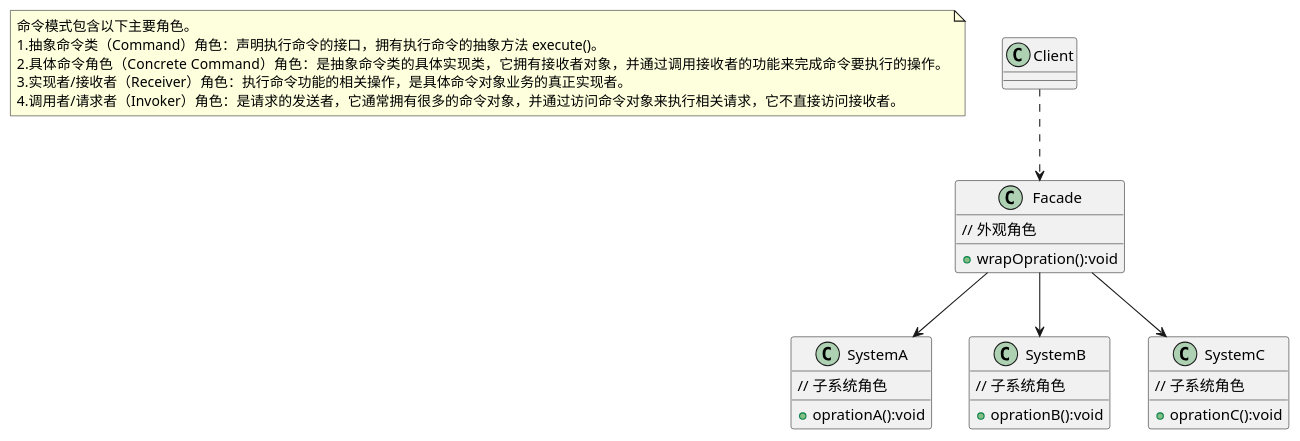
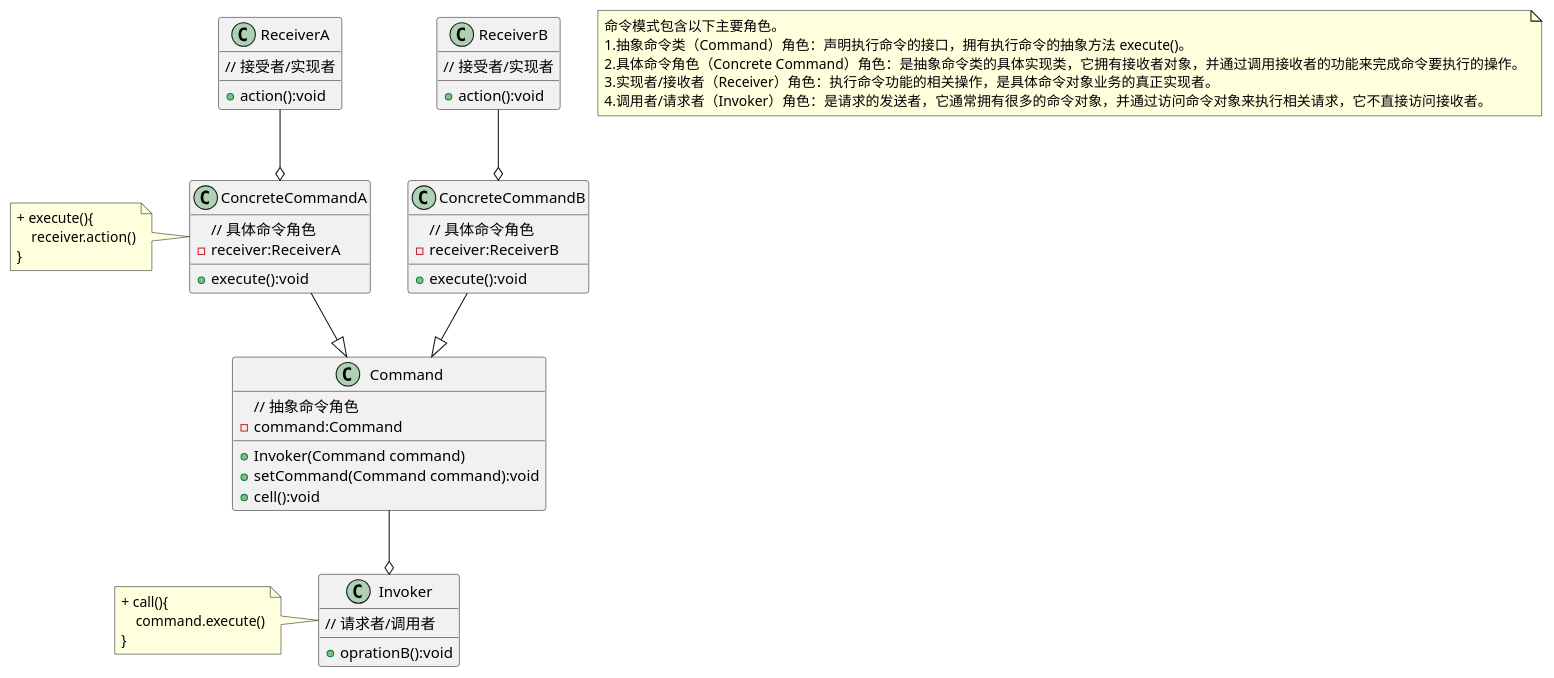
Before and after one commit to 1wang1/design-patterns: the diagram in doc/行为型模式/命令模式-类图(4分).puml, drawn with PlantUML. The commit also changed 2 other files, not shown here.

```diff
--- a/doc/行为型模式/命令模式-类图(4分).puml
+++ b/doc/行为型模式/命令模式-类图(4分).puml
@@ -1,37 +1,65 @@
 @startuml
 note as command
 命令模式包含以下主要角色。
 1.抽象命令类（Command）角色：声明执行命令的接口，拥有执行命令的抽象方法 execute()。
-2.具体命令角色（Concrete    Command）角色：是抽象命令类的具体实现类，它拥有接收者对象，并通过调用接收者的功能来完成命令要执行的操作。
+2.具体命令角色（Concrete Command）角色：是抽象命令类的具体实现类，它拥有接收者对象，并通过调用接收者的功能来完成命令要执行的操作。
 3.实现者/接收者（Receiver）角色：执行命令功能的相关操作，是具体命令对象业务的真正实现者。
 4.调用者/请求者（Invoker）角色：是请求的发送者，它通常拥有很多的命令对象，并通过访问命令对象来执行相关请求，它不直接访问接收者。
 end note
-class Client{
+class Command{
+// 抽象命令角色
+- command:Command
++ Invoker(Command command)
++ setCommand(Command command):void
++ cell():void
 }
-class Facade{
-// 外观角色
-+ wrapOpration():void
+class ConcreteCommandA{
+// 具体命令角色
+- receiver:ReceiverA
++ execute():void
 }
 
-class SystemA{
-// 子系统角色
-+ oprationA():void
+class ConcreteCommandB{
+// 具体命令角色
+- receiver:ReceiverB
++ execute():void
 }
-class SystemB{
-// 子系统角色
+
+class ReceiverA{
+// 接受者/实现者
++ action():void
+}
+
+class ReceiverB{
+// 接受者/实现者
++ action():void
+}
+
+class Invoker{
+// 请求者/调用者
 + oprationB():void
 }
 
-class SystemC{
-// 子系统角色
-+ oprationC():void
+
+ConcreteCommandA --|> Command
+ConcreteCommandB --|> Command
+ReceiverA --o ConcreteCommandA
+ReceiverB --o ConcreteCommandB
+
+Command --o Invoker
+
+note as invokerCode
++ call(){
+    command.execute()
 }
+end note
+invokerCode .right. Invoker
 
-Client ..> Facade
-Facade --> SystemA
-Facade --> SystemB
-Facade --> SystemC
-
-
+note as ConcreteCommandCode
++ execute(){
+    receiver.action()
+}
+end note
+ConcreteCommandCode .right. ConcreteCommandA
 
 @enduml
```
